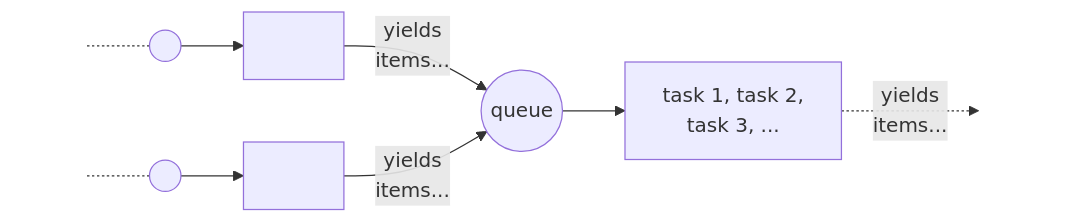
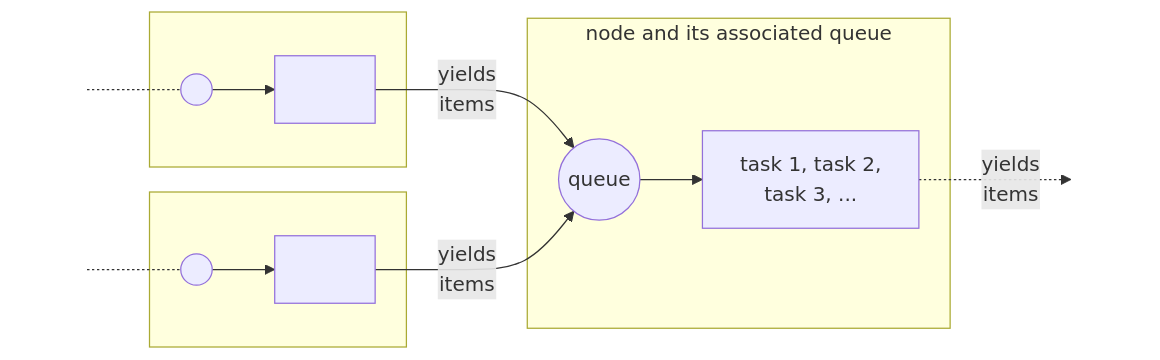
The third of 5 diagrams in docs/source/technical.rst (civisanalytics/async-graph-data-flow), drawn with Mermaid before and after one commit. The commit also changed other lines of this file and 3 other files, not shown here.

```diff
--- a/docs/source/technical.rst
+++ b/docs/source/technical.rst
@@ -69,18 +69,24 @@
 .. mermaid::
 
     flowchart LR
 
     start1[ ] -.- queue1(("&nbsp;&nbsp;"))
-    queue1 --> node1["&nbsp;&nbsp;&nbsp;&nbsp;"]
+    subgraph box1 [ ]
+        queue1 --> node1["&nbsp;&nbsp;&nbsp;&nbsp;"]
+    end
     style start1 fill-opacity:0, stroke-opacity:0;
 
     start2[ ] -.- queue2(("&nbsp;&nbsp;"))
-    queue2 --> node2["&nbsp;&nbsp;&nbsp;&nbsp;"]
+    subgraph box2 [ ]
+        queue2 --> node2["&nbsp;&nbsp;&nbsp;&nbsp;"]
+    end
     style start2 fill-opacity:0, stroke-opacity:0;
 
-    queue3((queue)) --> node3[task 1, task 2,\ntask 3, ...]
+    subgraph node and its associated queue
+        queue3((queue)) --> node3[task 1, task 2,\ntask 3, ...]
+    end
 
-    node1 --> |yields\nitems...| queue3
-    node2 --> |yields\nitems...| queue3
-    node3 -.-> |yields\nitems...| STOP[ ]
+    node1 --> |yields\nitems| queue3
+    node2 --> |yields\nitems| queue3
+    node3 -.-> |yields\nitems| STOP[ ]
     style STOP  fill-opacity:0, stroke-opacity:0;
```
